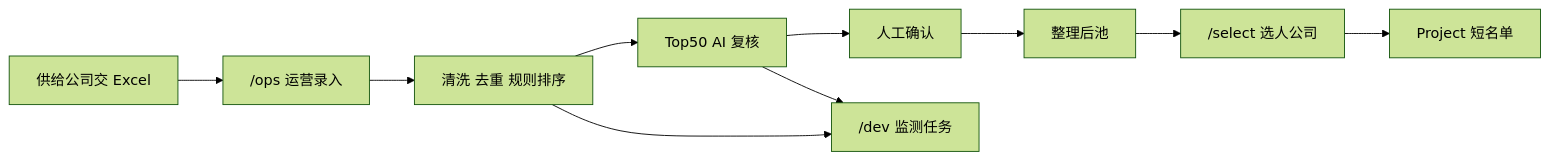
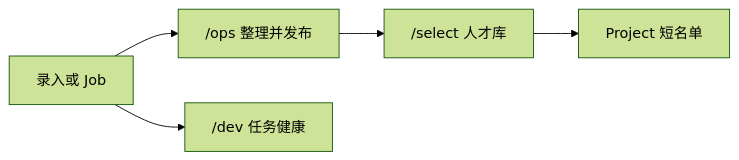
Before and after one commit to LibertychaserUS/korea-creator-system: the diagram in docs/product/UX-FLOWS.md, drawn with Mermaid (forest theme). The commit also changed other lines of this file and 2 other files, not shown here.

````diff
--- a/docs/product/UX-FLOWS.md
+++ b/docs/product/UX-FLOWS.md
@@ -9,12 +8,7 @@
 ```mermaid
 flowchart LR
-  S[供给公司交 Excel] --> OPS["/ops 运营录入"]
-  OPS --> PIPE[清洗 去重 规则排序]
-  PIPE --> AI[Top50 AI 复核]
-  AI --> HUM[人工确认]
-  PIPE --> DEV["/dev 监测任务"]
-  AI --> DEV
-  HUM --> POOL[整理后池]
-  POOL --> BUY["/select 选人公司"]
-  BUY --> P[Project 短名单]
+  IN[录入或 Job] --> OPS["/ops 整理并发布"]
+  OPS --> LIB["/select 人才库"]
+  LIB --> PRJ[Project 短名单]
+  IN --> DEV["/dev 任务健康"]
 ```
````
